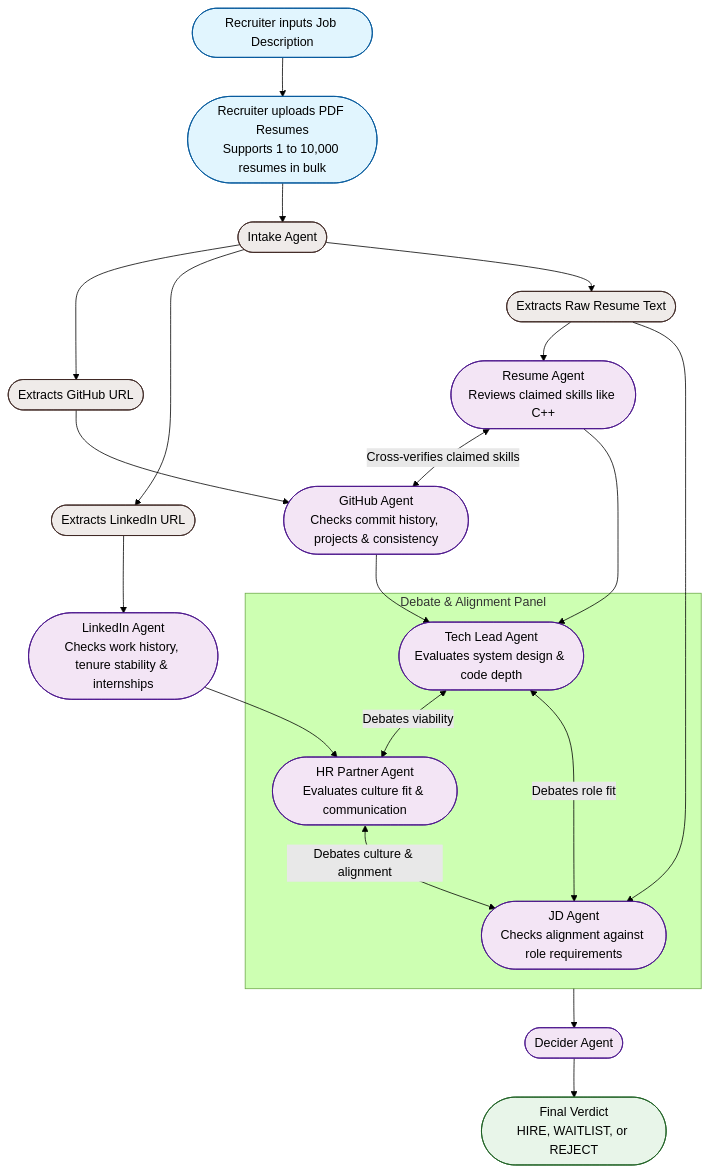
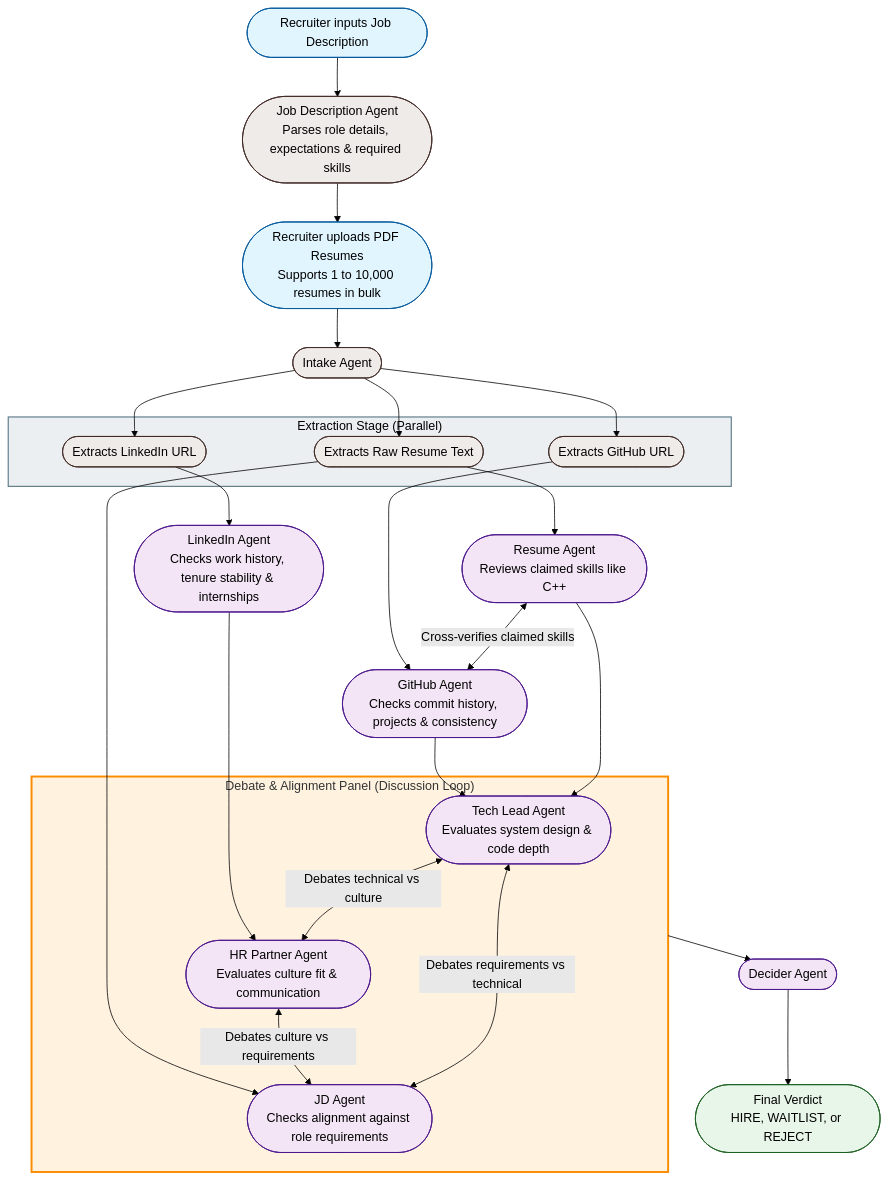
Before and after one commit to Mahesh-Nandigam/HirePanel.Ai: the diagram in README.md, drawn with Mermaid (forest theme).

Commit message:
docs: restructure Mermaid diagram flow and apply colorful style to debate panel subgraph

````diff
--- a/README.md
+++ b/README.md
@@ -27,73 +27,74 @@
 ```mermaid
 flowchart TD
     %% Define styles for clean appearance and high contrast text
     classDef input fill:#e1f5fe,stroke:#01579b,stroke-width:1px,color:#000;
     classDef agent fill:#f3e5f5,stroke:#4a148c,stroke-width:1px,color:#000;
     classDef step fill:#efebe9,stroke:#3e2723,stroke-width:1px,color:#000;
     classDef output fill:#e8f5e9,stroke:#1b5e20,stroke-width:1px,color:#000;
 
-    %% 1. Inputs
+    %% 1. Inputs & Initial Parsing
     RecruiterJD([Recruiter inputs Job Description])
+    JDAgentInput([Job Description Agent<br/>Parses role details, expectations & required skills])
     RecruiterPDF([Recruiter uploads PDF Resumes<br/>Supports 1 to 10,000 resumes in bulk])
     
-    RecruiterJD --> RecruiterPDF
+    RecruiterJD --> JDAgentInput
+    JDAgentInput --> RecruiterPDF
 
     %% 2. Intake
     Intake([Intake Agent])
     RecruiterPDF --> Intake
 
-    %% 3. Parsing & Routing
-    ExtractGH([Extracts GitHub URL])
-    ExtractLI([Extracts LinkedIn URL])
-    ExtractTxt([Extracts Raw Resume Text])
+    %% 3. Parsing & Routing (Grouped at the same level)
+    subgraph ExtractionStage ["Extraction Stage (Parallel)"]
+        ExtractGH([Extracts GitHub URL])
+        ExtractLI([Extracts LinkedIn URL])
+        ExtractTxt([Extracts Raw Resume Text])
+    end
+    style ExtractionStage fill:#eceff1,stroke:#607d8b,stroke-width:1.5px,color:#000;
 
     Intake --> ExtractGH
     Intake --> ExtractLI
     Intake --> ExtractTxt
 
     %% 4. Assessment Agents
     GHAgent([GitHub Agent<br/>Checks commit history, projects & consistency])
     LIAgent([LinkedIn Agent<br/>Checks work history, tenure stability & internships])
     ResAgent([Resume Agent<br/>Reviews claimed skills like C++])
-    JDAgent([JD Agent<br/>Checks alignment against role requirements])
 
     ExtractGH --> GHAgent
     ExtractLI --> LIAgent
     ExtractTxt --> ResAgent
-    ExtractTxt --> JDAgent
 
     %% Cross Verification Loop
     ResAgent <-->|Cross-verifies claimed skills| GHAgent
 
-    %% 5. Debate Panel
-    TechLead([Tech Lead Agent<br/>Evaluates system design & code depth])
-    HRPartner([HR Partner Agent<br/>Evaluates culture fit & communication])
-
+    %% 5. Debate Panel (Discussion Loop)
     GHAgent --> TechLead
     ResAgent --> TechLead
     LIAgent --> HRPartner
-    
-    %% Debate Panel Connection
-    subgraph DebatePanel [Debate & Alignment Panel]
-        JDAgent
-        TechLead
-        HRPartner
+    ExtractTxt --> JDAgent
+
+    subgraph DebatePanel ["Debate & Alignment Panel (Discussion Loop)"]
+        JDAgent([JD Agent<br/>Checks alignment against role requirements])
+        TechLead([Tech Lead Agent<br/>Evaluates system design & code depth])
+        HRPartner([HR Partner Agent<br/>Evaluates culture fit & communication])
+        
+        %% Discussion Loop Arrows
+        TechLead <-->|Debates technical vs culture| HRPartner
+        HRPartner <-->|Debates culture vs requirements| JDAgent
+        JDAgent <-->|Debates requirements vs technical| TechLead
     end
-
-    %% Debate Flow
-    JDAgent <-->|Debates role fit| TechLead
-    TechLead <-->|Debates viability| HRPartner
-    HRPartner <-->|Debates culture & alignment| JDAgent
+    style DebatePanel fill:#fff3e0,stroke:#fb8c00,stroke-width:2.5px;
 
     %% 6. Verdict
     Decider([Decider Agent])
     Verdict([Final Verdict<br/>HIRE, WAITLIST, or REJECT])
 
     DebatePanel --> Decider
     Decider --> Verdict
 
     class RecruiterJD,RecruiterPDF input;
-    class Intake,ExtractGH,ExtractLI,ExtractTxt step;
+    class JDAgentInput,Intake,ExtractGH,ExtractLI,ExtractTxt step;
     class GHAgent,LIAgent,ResAgent,JDAgent,TechLead,HRPartner,Decider agent;
     class Verdict output;
 ```
````
